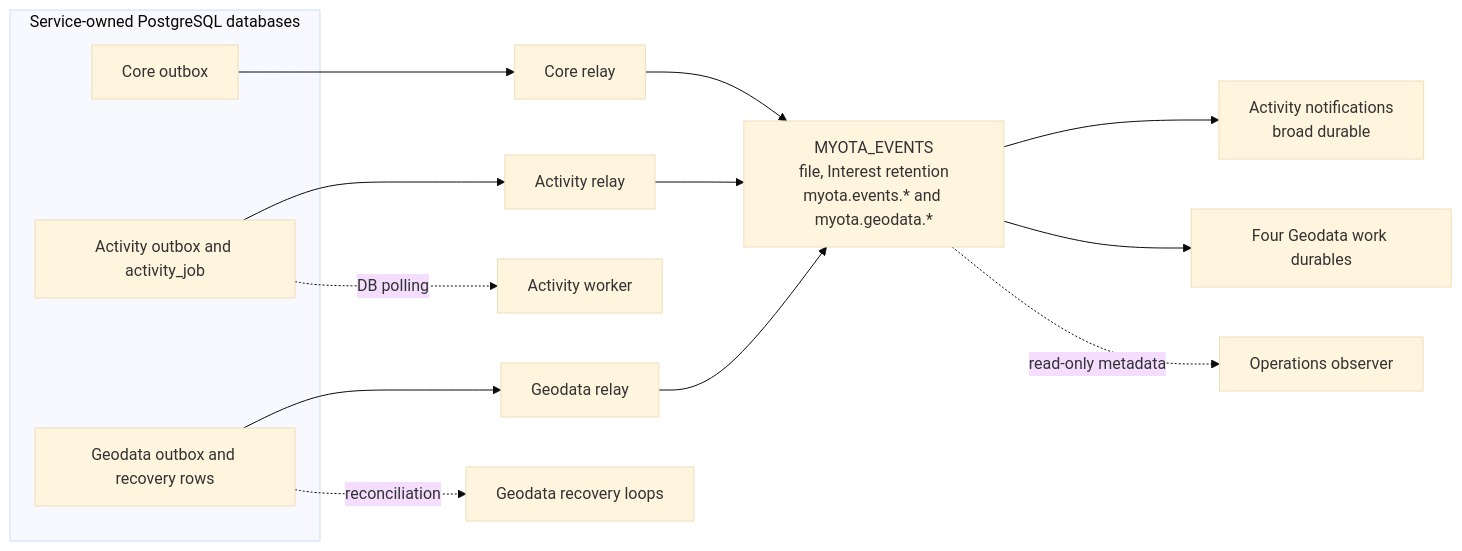
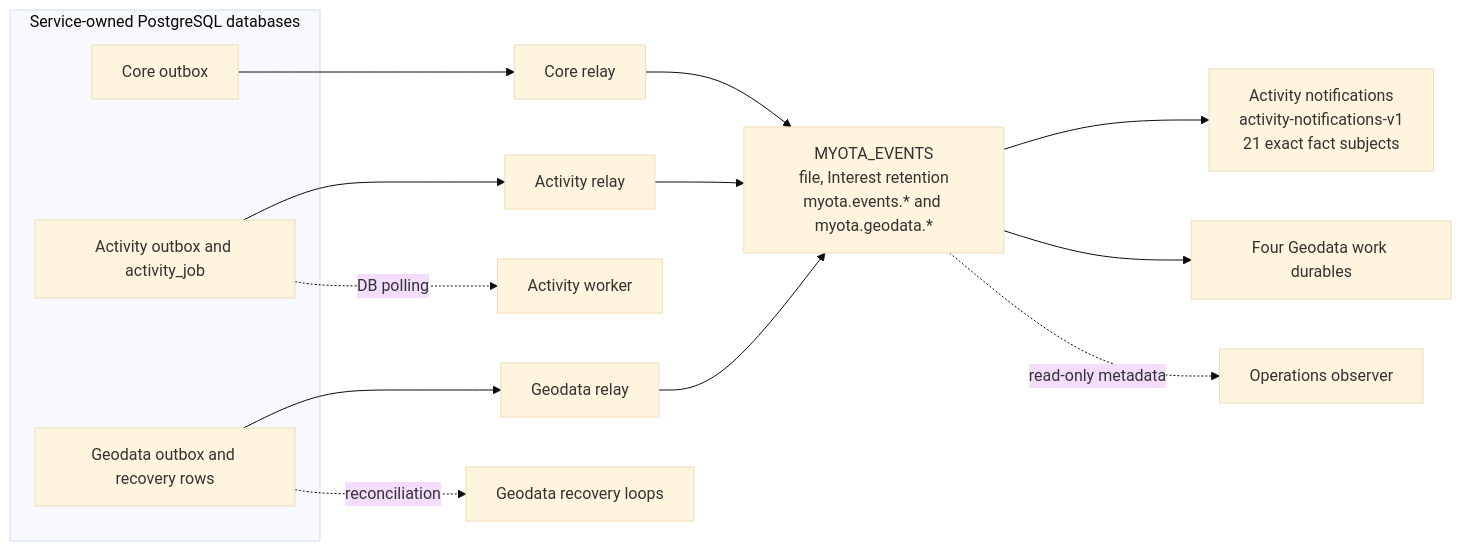
Before and after one commit to myota-platform/myota-docs: the first of 3 diagrams in docs/architecture/diagrams/nats-event-migration.md, drawn with Mermaid (base theme). The commit also changed other lines of this file and 11 other files, not shown here.

````diff
--- a/docs/architecture/diagrams/nats-event-migration.md
+++ b/docs/architecture/diagrams/nats-event-migration.md
@@ -11,19 +11,19 @@
 ```mermaid
 flowchart LR
   subgraph DB[Service-owned PostgreSQL databases]
     C[Core outbox]
     A[Activity outbox and activity_job]
     G[Geodata outbox and recovery rows]
   end
   C --> RC[Core relay]
   A --> RA[Activity relay]
   G --> RG[Geodata relay]
   RC --> E[MYOTA_EVENTS<br/>file, Interest retention<br/>myota.events.* and myota.geodata.*]
   RA --> E
   RG --> E
-  E --> N[Activity notifications<br/>broad durable]
+  E --> N[Activity notifications<br/>activity-notifications-v1<br/>21 exact fact subjects]
   E --> GW[Four Geodata work durables]
   A -. DB polling .-> AW[Activity worker]
   G -. reconciliation .-> GR[Geodata recovery loops]
   E -. read-only metadata .-> O[Operations observer]
 ```
````
